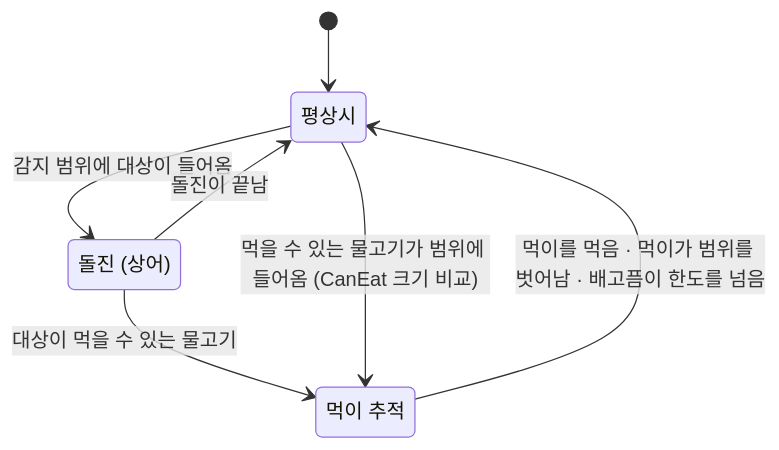
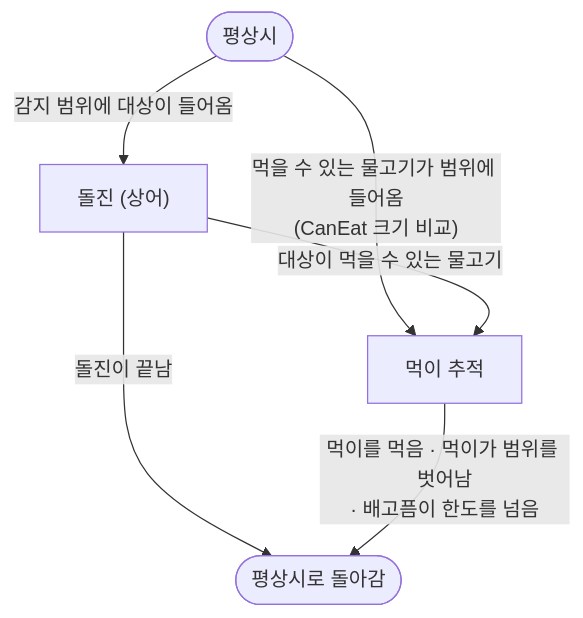
Diagram 12 of 12 in src/02-WeGotOne/프로젝트문서.md (SaGiKun4/portfolio-SaGiKun4), drawn with Mermaid before and after one commit. The commit also changed other lines of this file and 89 other files, not shown here.

````diff
--- a/src/02-WeGotOne/프로젝트문서.md
+++ b/src/02-WeGotOne/프로젝트문서.md
@@ -478,12 +515,12 @@
 ```mermaid
-stateDiagram-v2
-    state "평상시" as Normal
-    state "돌진 (상어)" as Dash
-    state "먹이 추적" as Bait
-    [*] --> Normal
-    Normal --> Dash: 감지 범위에 대상이 들어옴
-    Dash --> Normal: 돌진이 끝남
-    Dash --> Bait: 대상이 먹을 수 있는 물고기
-    Normal --> Bait: 먹을 수 있는 물고기가 범위에 들어옴 (CanEat 크기 비교)
-    Bait --> Normal: 먹이를 먹음 · 먹이가 범위를 벗어남 · 배고픔이 한도를 넘음
+flowchart TB
+    N(["평상시"])
+    D["돌진 (상어)"]
+    B["먹이 추적"]
+    R(["평상시로 돌아감"])
+    N -->|"감지 범위에 대상이 들어옴"| D
+    N -->|"먹을 수 있는 물고기가 범위에 들어옴<br/>(CanEat 크기 비교)"| B
+    D -->|"대상이 먹을 수 있는 물고기"| B
+    D -->|"돌진이 끝남"| R
+    B -->|"먹이를 먹음 · 먹이가 범위를 벗어남<br/>· 배고픔이 한도를 넘음"| R
 ```
````
